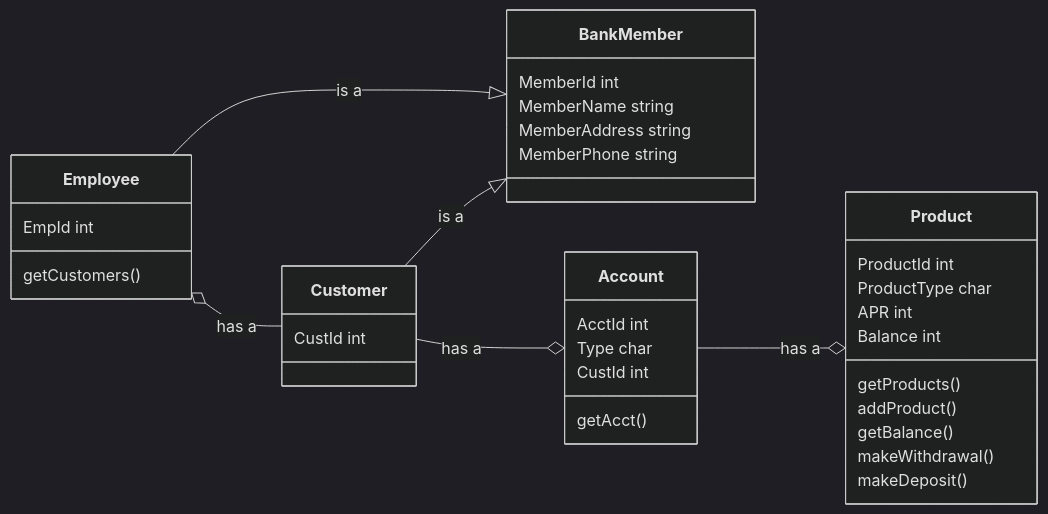
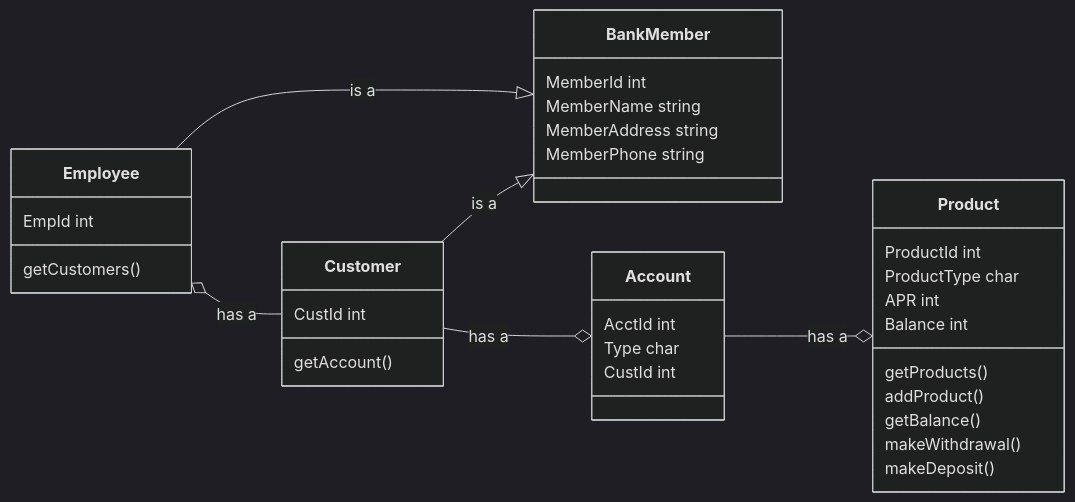
Before and after one commit to Marcus-Snell/Test: the diagram in mermaid.md, drawn with Mermaid (dark theme).

````diff
--- a/mermaid.md
+++ b/mermaid.md
@@ -1,37 +1,38 @@
 ```mermaid
 classDiagram
 direction LR
 BankMember
 BankMember : MemberId int
 BankMember : MemberName string
 BankMember : MemberAddress string
 BankMember : MemberPhone string
 
 
 Employee --|> BankMember : is a
 Employee o-- Customer : has a
 Employee : EmpId int
 Employee : getCustomers()
 
 Customer --|> BankMember : is a
 Customer --o Account : has a
 Customer : CustId int
+Customer : getAccount()
 
 Account --o Product : has a
 Account : AcctId int
 Account : Type char
 Account : CustId int
-Account : getAcct()
+
 
 
 Product : ProductId int
 Product : ProductType char
 Product : APR int
 Product : Balance int
 Product : getProducts()
 Product : addProduct()
 Product : getBalance()
 Product : makeWithdrawal()
 Product : makeDeposit()
 
 ```
````
